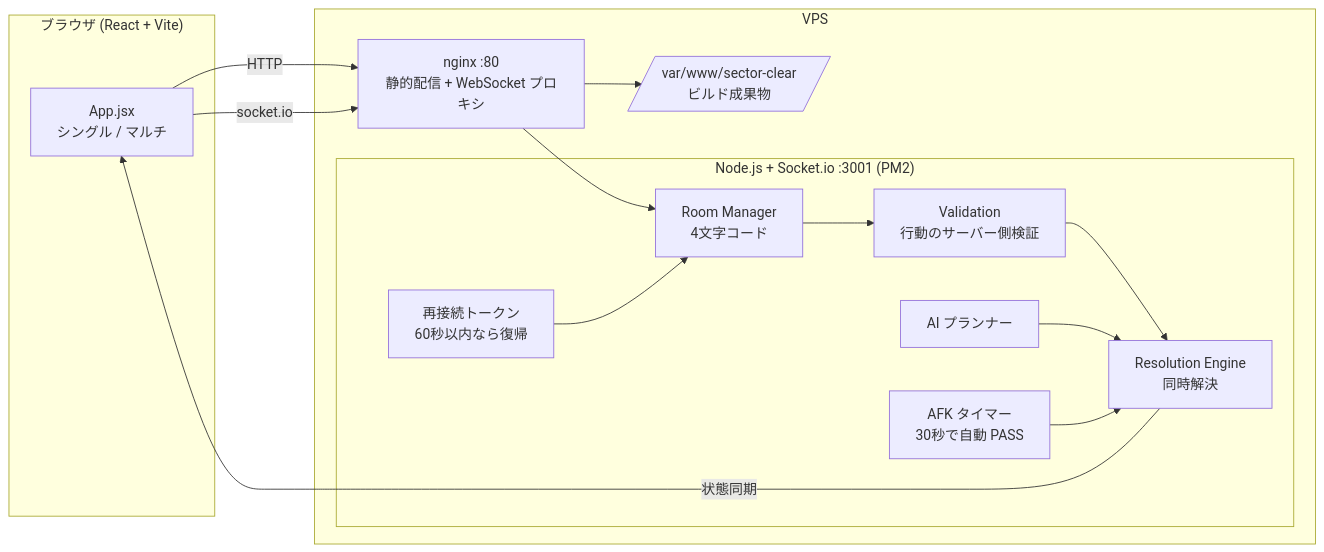
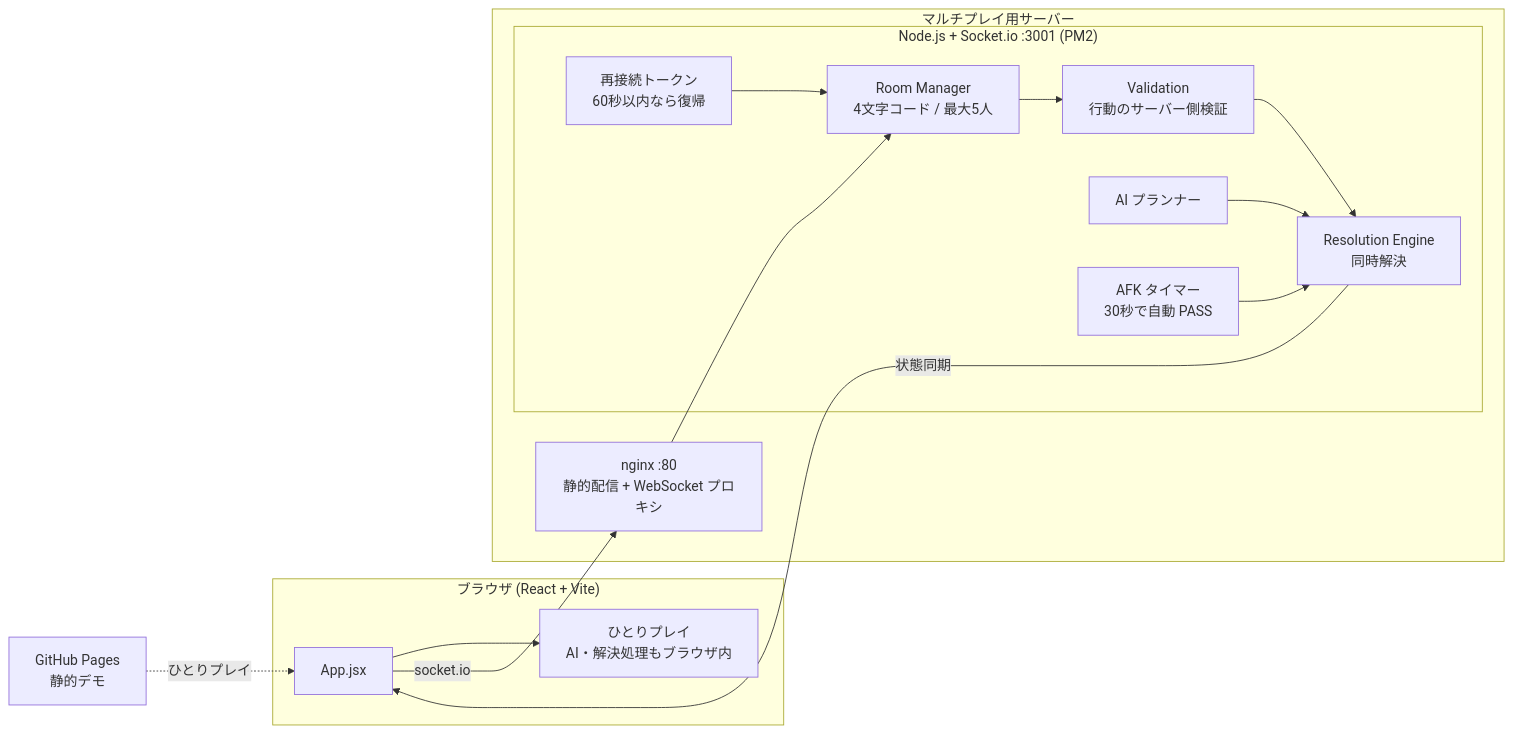
One commit to ten-ten66/sector-clear changed the diagram in README.md. Above: the diagram before and after it, drawn with Mermaid. The commit also changed other lines of this file and 6 other files, not shown here.

Commit message:
feat: ひとりプレイを GitHub Pages で遊べる静的デモとして公開し、CI とスクリーンショットを追加

````diff
--- a/README.md
+++ b/README.md
@@ -10,25 +18,27 @@
 ```mermaid
 flowchart LR
     subgraph Browser["ブラウザ (React + Vite)"]
-        UI[App.jsx<br/>シングル / マルチ]
+        UI[App.jsx]
+        SOLO[ひとりプレイ<br/>AI・解決処理もブラウザ内]
+        UI --> SOLO
     end
-    subgraph VPS
+    subgraph VPS["マルチプレイ用サーバー"]
         NG[nginx :80<br/>静的配信 + WebSocket プロキシ]
         subgraph Node["Node.js + Socket.io :3001 (PM2)"]
-            RM[Room Manager<br/>4文字コード]
+            RM[Room Manager<br/>4文字コード / 最大5人]
             VAL[Validation<br/>行動のサーバー側検証]
             AI[AI プランナー]
             RES[Resolution Engine<br/>同時解決]
             AFK[AFK タイマー<br/>30秒で自動 PASS]
             RC[再接続トークン<br/>60秒以内なら復帰]
         end
-        ST[/var/www/sector-clear<br/>ビルド成果物/]
     end
-    UI -- HTTP --> NG --> ST
+    PAGES[GitHub Pages<br/>静的デモ]
+    PAGES -. ひとりプレイ .-> UI
     UI -- socket.io --> NG --> RM
     RM --> VAL --> RES
     AI --> RES
     AFK --> RES
     RC --> RM
     RES -- 状態同期 --> UI
 ```
````
